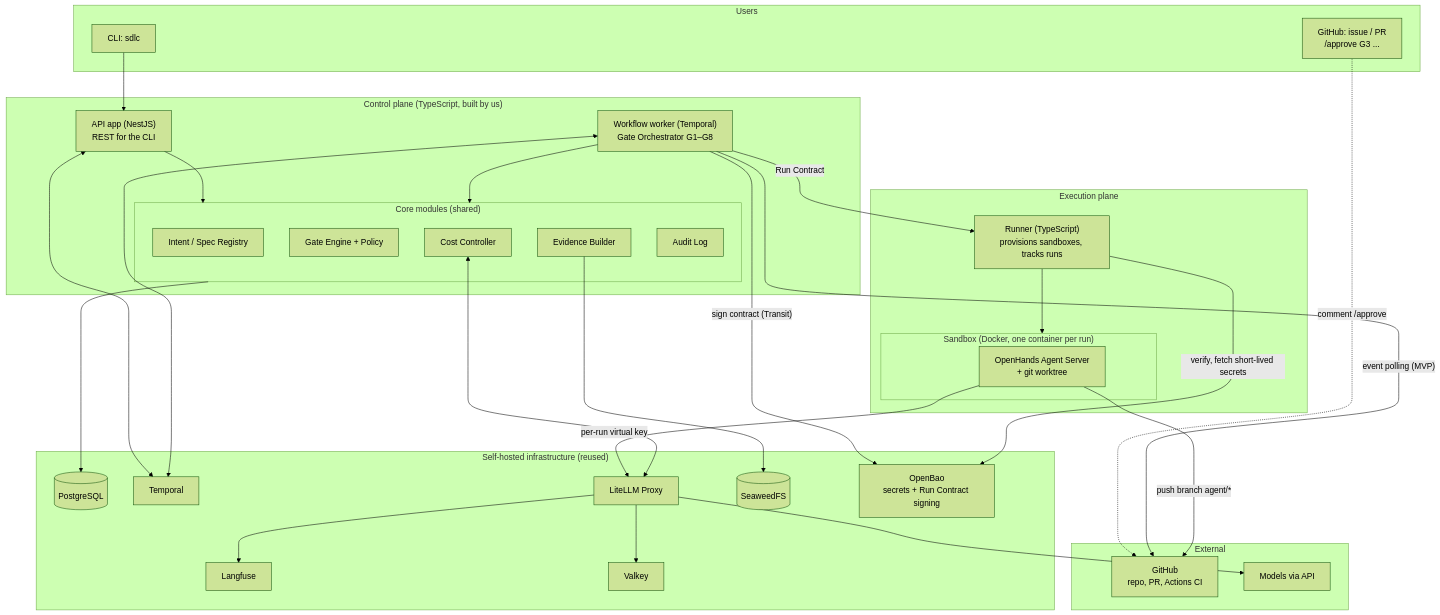
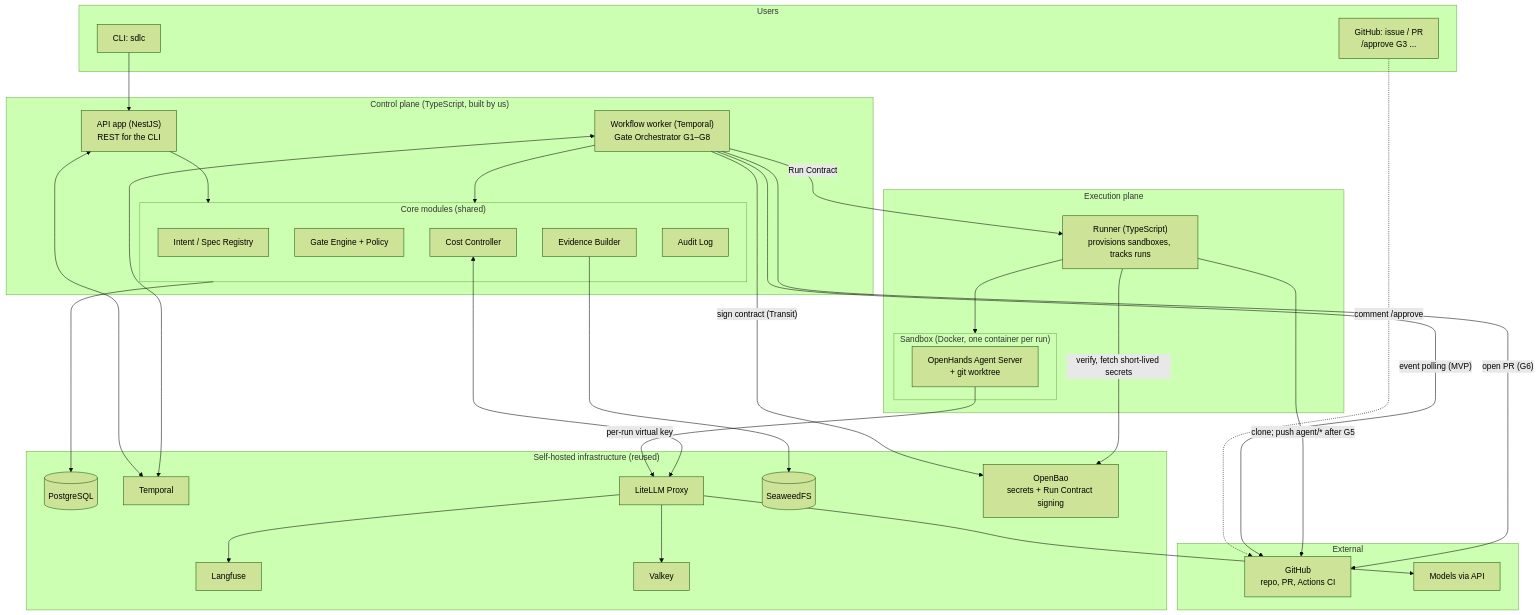
The first of 2 diagrams in design/D-03-mvp-architecture.md (hoanghainh1188/agentic-sdlc-framework), drawn with Mermaid (forest theme) before and after one commit. The commit also changed other lines of this file and 61 other files, not shown here.

First line of the commit message:
C08 PR 1: push the checked changes and open the pull request at G6 (#133)

````diff
--- a/design/D-03-mvp-architecture.md
+++ b/design/D-03-mvp-architecture.md
@@ -43,61 +43,62 @@
 ```mermaid
 flowchart TB
     subgraph USER["Users"]
         CLI["CLI: sdlc"]
         GHUI["GitHub: issue / PR<br/>/approve G3 ..."]
     end
 
     subgraph CP["Control plane (TypeScript, built by us)"]
         API["API app (NestJS)<br/>REST for the CLI"]
         WK["Workflow worker (Temporal)<br/>Gate Orchestrator G1–G8"]
         subgraph MOD["Core modules (shared)"]
             REG["Intent / Spec Registry"]
             GATE["Gate Engine + Policy"]
             COST["Cost Controller"]
             EVD["Evidence Builder"]
             AUD["Audit Log"]
         end
     end
 
     subgraph EP["Execution plane"]
         RUN["Runner (TypeScript)<br/>provisions sandboxes, tracks runs"]
         subgraph SB["Sandbox (Docker, one container per run)"]
             OH["OpenHands Agent Server<br/>+ git worktree"]
         end
     end
 
     subgraph INFRA["Self-hosted infrastructure (reused)"]
         PG[("PostgreSQL")]
         TMP["Temporal"]
         LL["LiteLLM Proxy"]
         LF["Langfuse"]
         S3[("SeaweedFS")]
         VK["Valkey"]
         VAULT["OpenBao<br/>secrets + Run Contract signing"]
     end
 
     subgraph EXT["External"]
         GH["GitHub<br/>repo, PR, Actions CI"]
         LLM["Models via API"]
     end
 
     CLI --> API
     GHUI -. "comment /approve" .-> GH
     WK -- "event polling (MVP)" --> GH
     API --> MOD
     WK --> MOD
     API <--> TMP
     WK <--> TMP
     WK -- "Run Contract" --> RUN
     RUN --> SB
     OH -- "per-run virtual key" --> LL
     LL --> LLM
     LL --> LF
     LL --> VK
-    OH -- "push branch agent/*" --> GH
+    RUN -- "clone; push agent/* after G5" --> GH
+    WK -- "open PR (G6)" --> GH
     MOD --> PG
     EVD --> S3
     COST <--> LL
     WK -- "sign contract (Transit)" --> VAULT
     RUN -- "verify, fetch short-lived secrets" --> VAULT
 ```
````
